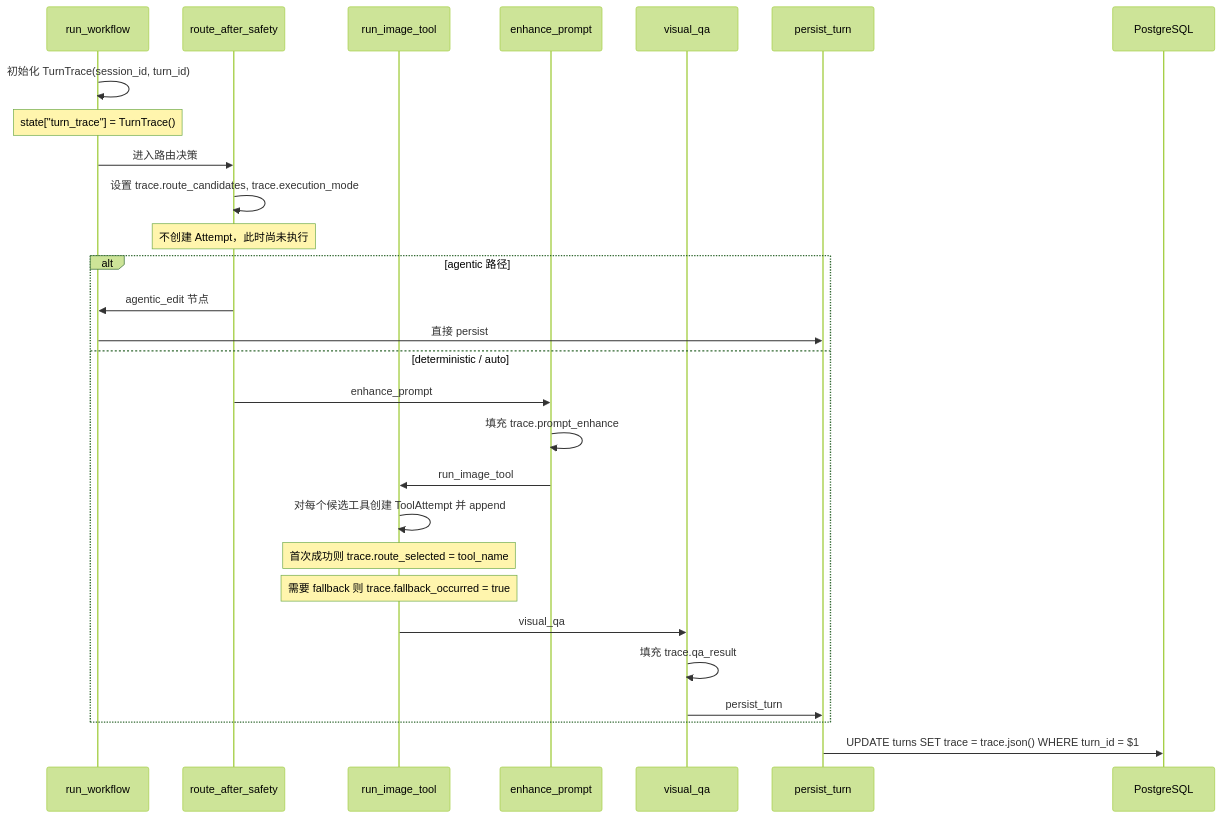
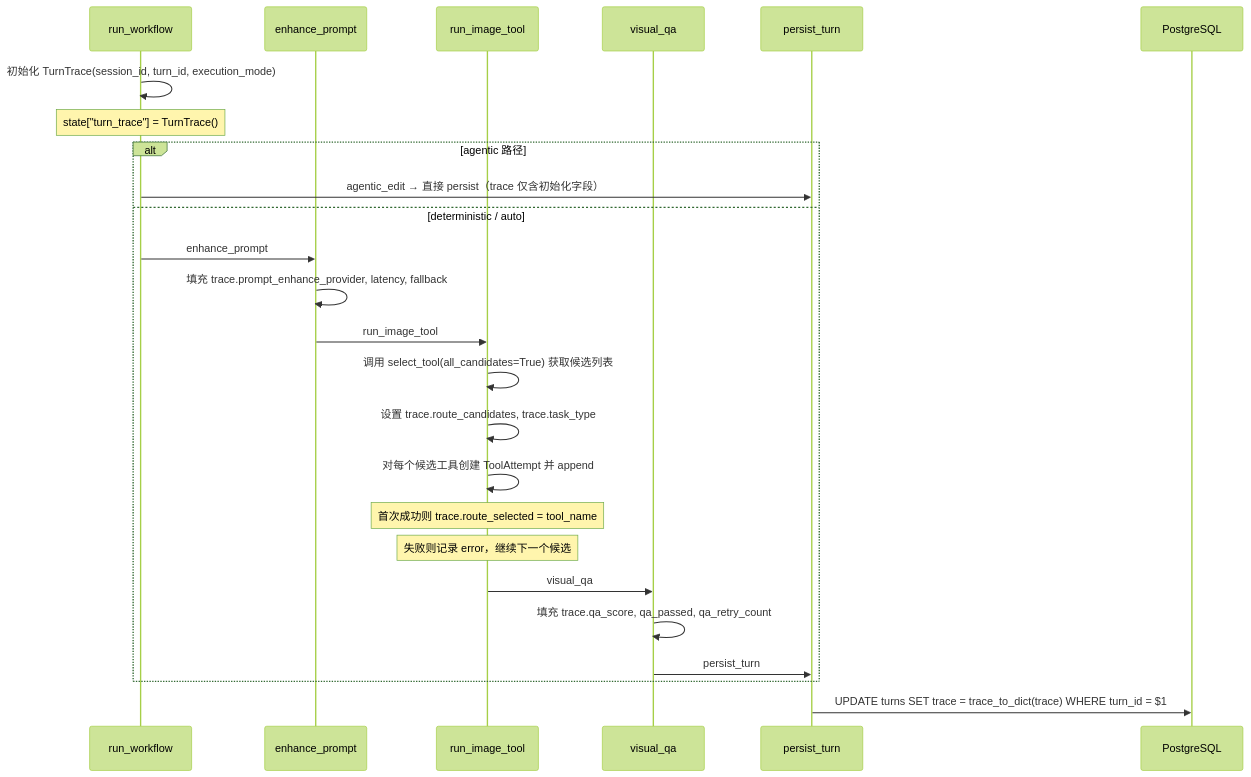
Before and after one commit to FGG100y/fmhWiki: the first of 3 diagrams in docs/trace-design.md, drawn with Mermaid (forest theme). The commit also changed other lines of this file and 7 other files, not shown here.

````diff
--- a/docs/trace-design.md
+++ b/docs/trace-design.md
@@ -125,34 +125,30 @@
 ```mermaid
 sequenceDiagram
     participant W as run_workflow
-    participant RS as route_after_safety
+    participant EP as enhance_prompt
     participant RT as run_image_tool
-    participant EP as enhance_prompt
     participant VQ as visual_qa
     participant PT as persist_turn
     participant DB as PostgreSQL
 
-    W->>W: 初始化 TurnTrace(session_id, turn_id)
+    W->>W: 初始化 TurnTrace(session_id, turn_id, execution_mode)
     Note over W: state["turn_trace"] = TurnTrace()
 
-    W->>RS: 进入路由决策
-    RS->>RS: 设置 trace.route_candidates, trace.execution_mode
-    Note over RS: 不创建 Attempt，此时尚未执行
-
     alt agentic 路径
-        RS->>W: agentic_edit 节点
-        W->>PT: 直接 persist
+        W->>PT: agentic_edit → 直接 persist（trace 仅含初始化字段）
     else deterministic / auto
-        RS->>EP: enhance_prompt
-        EP->>EP: 填充 trace.prompt_enhance
+        W->>EP: enhance_prompt
+        EP->>EP: 填充 trace.prompt_enhance_provider, latency, fallback
         EP->>RT: run_image_tool
+        RT->>RT: 调用 select_tool(all_candidates=True) 获取候选列表
+        RT->>RT: 设置 trace.route_candidates, trace.task_type
         RT->>RT: 对每个候选工具创建 ToolAttempt 并 append
         Note over RT: 首次成功则 trace.route_selected = tool_name
-        Note over RT: 需要 fallback 则 trace.fallback_occurred = true
+        Note over RT: 失败则记录 error，继续下一个候选
         RT->>VQ: visual_qa
-        VQ->>VQ: 填充 trace.qa_result
+        VQ->>VQ: 填充 trace.qa_score, qa_passed, qa_retry_count
         VQ->>PT: persist_turn
     end
 
-    PT->>DB: UPDATE turns SET trace = trace.json() WHERE turn_id = $1
+    PT->>DB: UPDATE turns SET trace = trace_to_dict(trace) WHERE turn_id = $1
 ```
````
